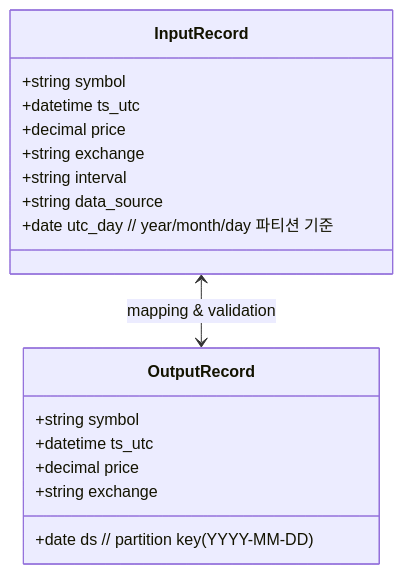
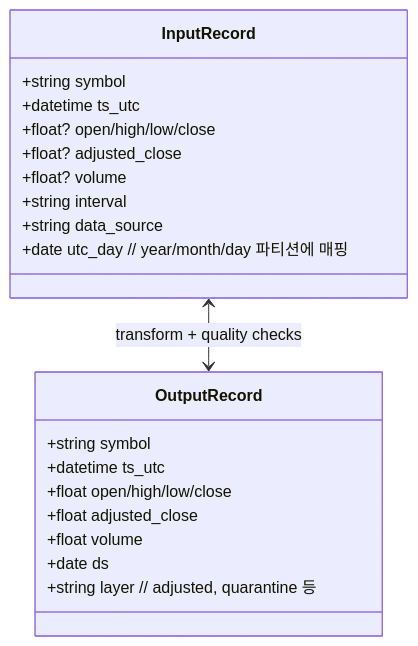
One commit to keemgdeok/fin-forge-pipeline changed the second of 2 diagrams in docs/diagrams/transform/07-io-and-schema.md. Above: the diagram before and after it, drawn with Mermaid. The commit also changed other lines of this file and 35 other files, not shown here.

Commit message:
docs: refresh diagrams

````diff
--- a/docs/diagrams/transform/07-io-and-schema.md
+++ b/docs/diagrams/transform/07-io-and-schema.md
@@ -14,22 +14,25 @@
 ```mermaid
 classDiagram
   class InputRecord {
     +string symbol
     +datetime ts_utc
-    +decimal price
-    +string exchange
+    +float? open/high/low/close
+    +float? adjusted_close
+    +float? volume
     +string interval
     +string data_source
-    +date utc_day  // year/month/day 파티션 기준
+    +date utc_day // year/month/day 파티션에 매핑
   }
 
   class OutputRecord {
     +string symbol
     +datetime ts_utc
-    +decimal price
-    +string exchange
-    +date ds  // partition key (YYYY-MM-DD)
+    +float open/high/low/close
+    +float adjusted_close
+    +float volume
+    +date ds
+    +string layer // adjusted, quarantine 등
   }
 
-  InputRecord <--> OutputRecord : mapping & validation
+  InputRecord <--> OutputRecord : transform + quality checks
 ```
````
